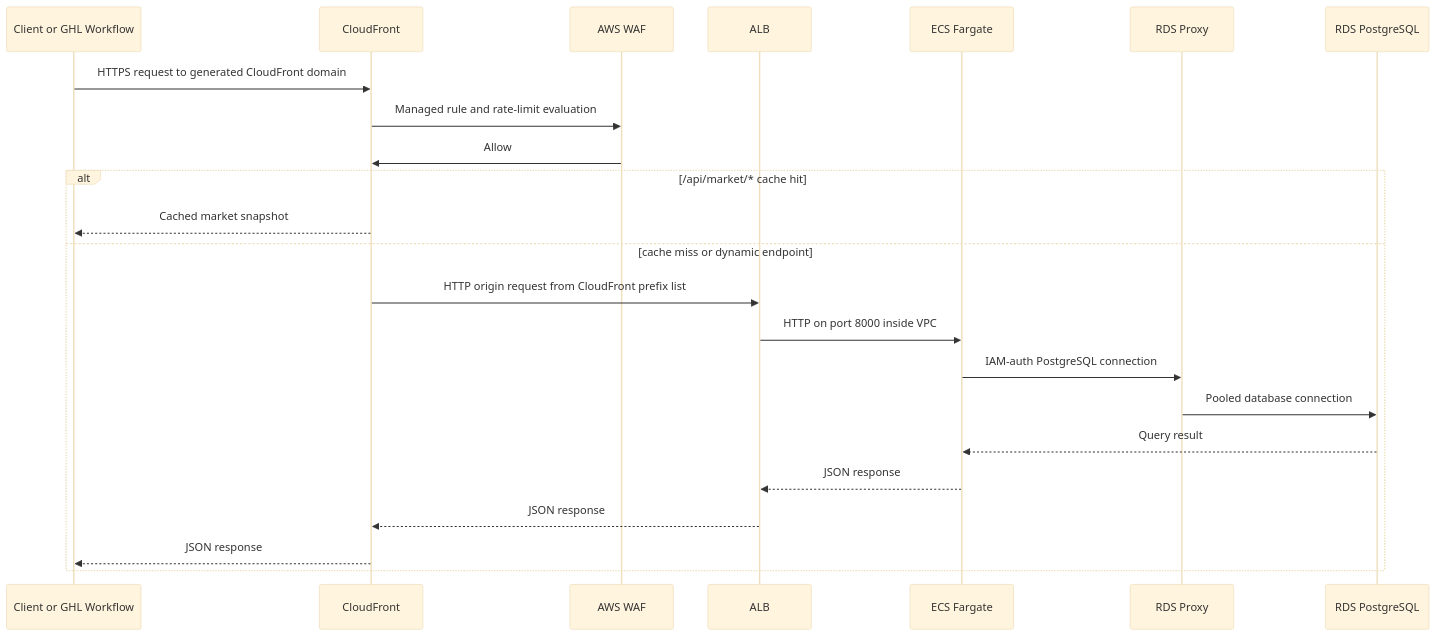
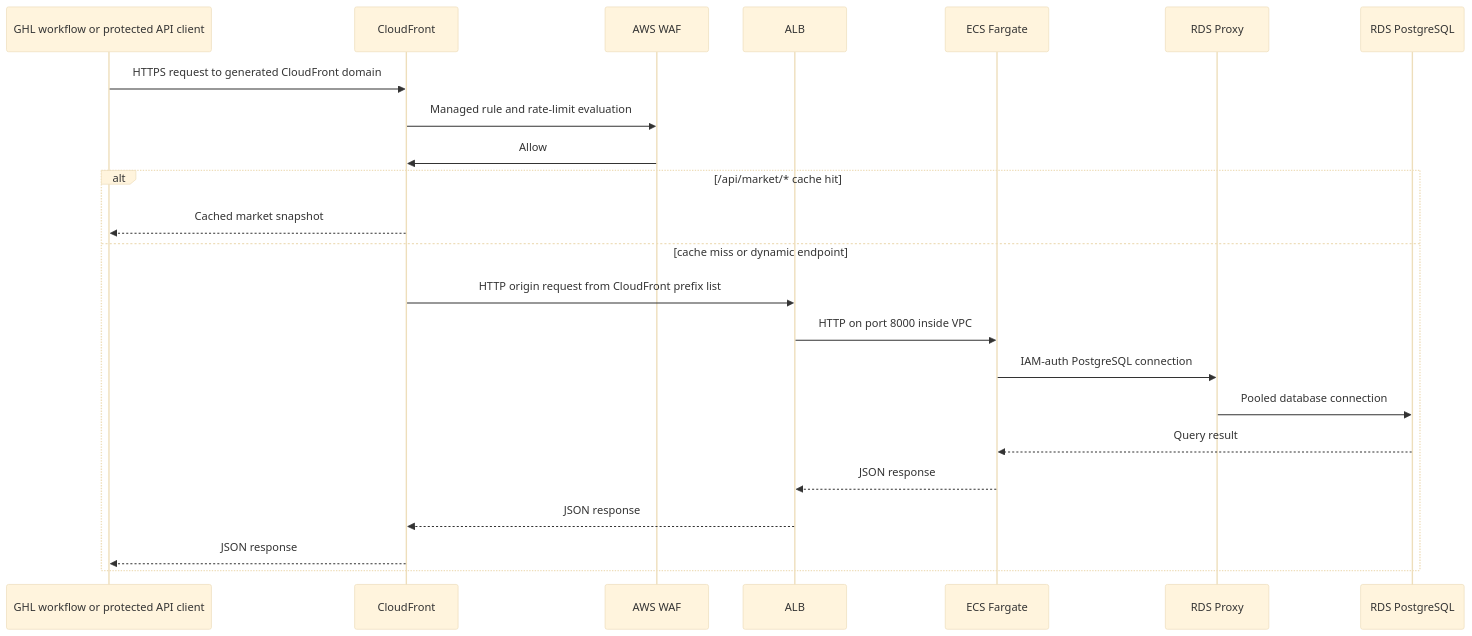
The second of 3 diagrams in docs/architecture.md (manynames3/clearpath-fargate-api), drawn with Mermaid (base theme) before and after one commit. The commit also changed other lines of this file and 7 other files, not shown here.

````diff
--- a/docs/architecture.md
+++ b/docs/architecture.md
@@ -9,26 +25,26 @@
 ```mermaid
 sequenceDiagram
-    participant Client as Client or GHL Workflow
+    participant Caller as GHL workflow or protected API client
     participant CF as CloudFront
     participant WAF as AWS WAF
     participant ALB as ALB
     participant ECS as ECS Fargate
     participant Proxy as RDS Proxy
     participant DB as RDS PostgreSQL
 
-    Client->>CF: HTTPS request to generated CloudFront domain
+    Caller->>CF: HTTPS request to generated CloudFront domain
     CF->>WAF: Managed rule and rate-limit evaluation
     WAF->>CF: Allow
     alt /api/market/* cache hit
-        CF-->>Client: Cached market snapshot
+        CF-->>Caller: Cached market snapshot
     else cache miss or dynamic endpoint
         CF->>ALB: HTTP origin request from CloudFront prefix list
         ALB->>ECS: HTTP on port 8000 inside VPC
         ECS->>Proxy: IAM-auth PostgreSQL connection
         Proxy->>DB: Pooled database connection
         DB-->>ECS: Query result
         ECS-->>ALB: JSON response
         ALB-->>CF: JSON response
-        CF-->>Client: JSON response
+        CF-->>Caller: JSON response
     end
 ```
````
